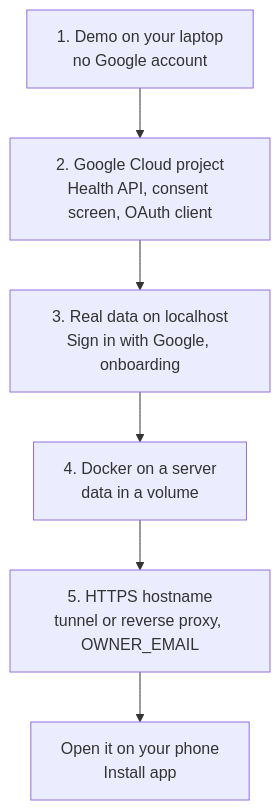
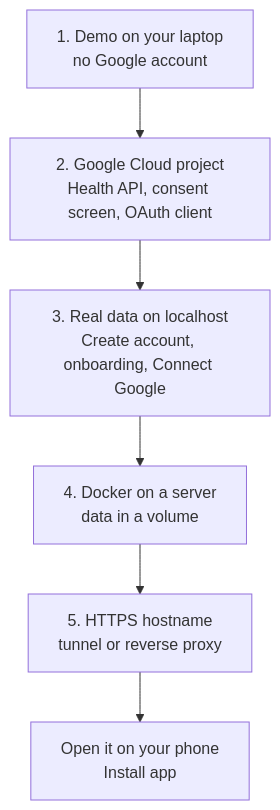
One commit to Ajamuar/pulse changed the diagram in docs/setup.md. Above: the diagram before and after it, drawn with Mermaid. The commit also changed other lines of this file and 44 other files, not shown here.

First line of the commit message:
feat(auth): email and password account; Google only for data

````diff
--- a/docs/setup.md
+++ b/docs/setup.md
@@ -7,8 +7,8 @@
 ```mermaid
 flowchart TB
   demo[1. Demo on your laptop<br/>no Google account] --> google[2. Google Cloud project<br/>Health API, consent screen, OAuth client]
-  google --> local[3. Real data on localhost<br/>Sign in with Google, onboarding]
+  google --> local[3. Real data on localhost<br/>Create account, onboarding, Connect Google]
   local --> server[4. Docker on a server<br/>data in a volume]
-  server --> https[5. HTTPS hostname<br/>tunnel or reverse proxy, OWNER_EMAIL]
+  server --> https[5. HTTPS hostname<br/>tunnel or reverse proxy]
   https --> phone[Open it on your phone<br/>Install app]
 ```
````
